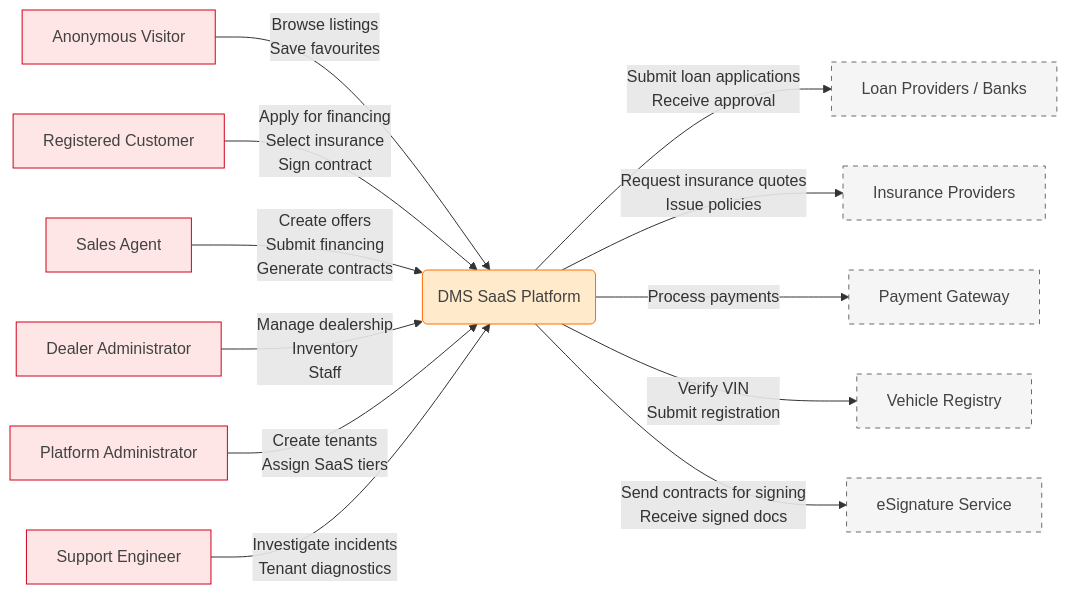
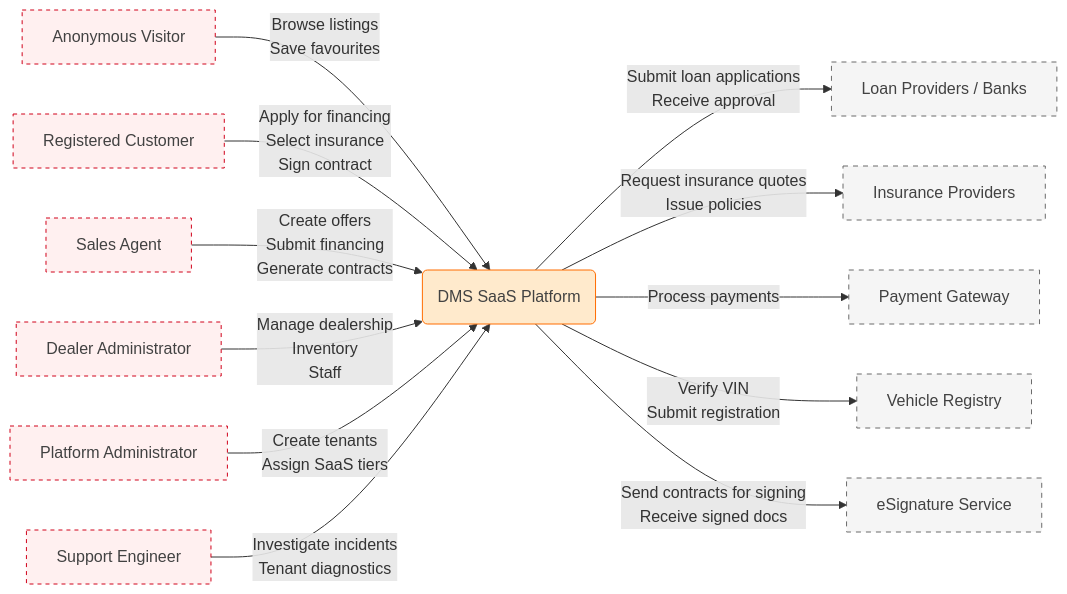
The diagram in diagrams/dms-context.mmd (occamarazor/dms-showcase), drawn with Mermaid before and after one commit. The commit also changed 5 other files, not shown here.

Commit message:
Diagrams: actor added to palette & container; component diagram updated

```diff
--- a/diagrams/dms-context.mmd
+++ b/diagrams/dms-context.mmd
@@ -1,82 +1,82 @@
 %% =========================================
 %% C4 Level 1 — Context
 %% System actors + external systems
 %% =========================================
 flowchart LR
 
 %% =========================================
 %% ACTORS
 %% =========================================
 
 %% ---- Customers ----
 ANON["Anonymous Visitor"]
 CUSTOMER["Registered Customer"]
 %% ---- Tenant-Level ----
 SALES["Sales Agent"]
 DEALER_ADMIN["Dealer Administrator"]
 %% ---- Platform-Level ----
 PLATFORM_ADMIN["Platform Administrator"]
 SUPPORT["Support Engineer"]
 
 %% =========================================
 %% CORE PLATFORM
 %% =========================================
 
 DMS["DMS SaaS Platform"]
 
 %% =========================================
 %% EXTERNAL SYSTEMS
 %% =========================================
 
 %% ---- Financial Systems ----
 BANKS["Loan Providers / Banks"]
 INSURANCE["Insurance Providers"]
 
 %% ---- Payment Gateways ----
 PAYMENT["Payment Gateway"]
 
 %% ---- Government / Vehicle Registries ----
 VEHICLE_REG["Vehicle Registry"]
 
 %% ---- eSignature Providers ----
 ESIGN["eSignature Service"]
 
 %% =========================
 %% INTERACTIONS
 %% =========================
 
 %% ---- Actors ----
 ANON -->|Browse listings<br>Save favourites| DMS
 CUSTOMER -->|Apply for financing<br>Select insurance<br>Sign contract| DMS
 SALES -->|Create offers<br>Submit financing<br>Generate contracts| DMS
 DEALER_ADMIN -->|Manage dealership<br>Inventory<br>Staff| DMS
 PLATFORM_ADMIN -->|Create tenants<br>Assign SaaS tiers| DMS
 SUPPORT -->|Investigate incidents<br>Tenant diagnostics| DMS
 
 %% ---- External Systems ----
 DMS -->|Submit loan applications<br>Receive approval| BANKS
 DMS -->|Request insurance quotes<br>Issue policies| INSURANCE
 DMS -->|Process payments| PAYMENT
 DMS -->|Verify VIN<br>Submit registration| VEHICLE_REG
 DMS -->|Send contracts for signing<br>Receive signed docs| ESIGN
 
 %% =========================
 %% SHAPES
 %% =========================
 DMS@{ shape: rounded }
 
 %% =========================
 %% CLASSES
 %% =========================
 
-class ANON,CUSTOMER,SALES,DEALER_ADMIN,PLATFORM_ADMIN,SUPPORT client
+class ANON,CUSTOMER,SALES,DEALER_ADMIN,PLATFORM_ADMIN,SUPPORT actor
 class DMS app
 class BANKS,INSURANCE,PAYMENT,VEHICLE_REG,ESIGN external
 
 %% =========================
 %% PALETTE (LEGEND)
 %% =========================
 
-classDef client fill:#ffe6e6,stroke:#d0021b,color:#424242;
 classDef app fill:#ffeacc,stroke:#ff6d00,color:#424242;
+classDef actor fill:#fff0f0,stroke:#d0021b,stroke-dasharray:4 4,color:#424242;
 classDef external fill:#f5f5f5,stroke:#6b6b6b,stroke-dasharray: 5 5,color:#424242;
```
